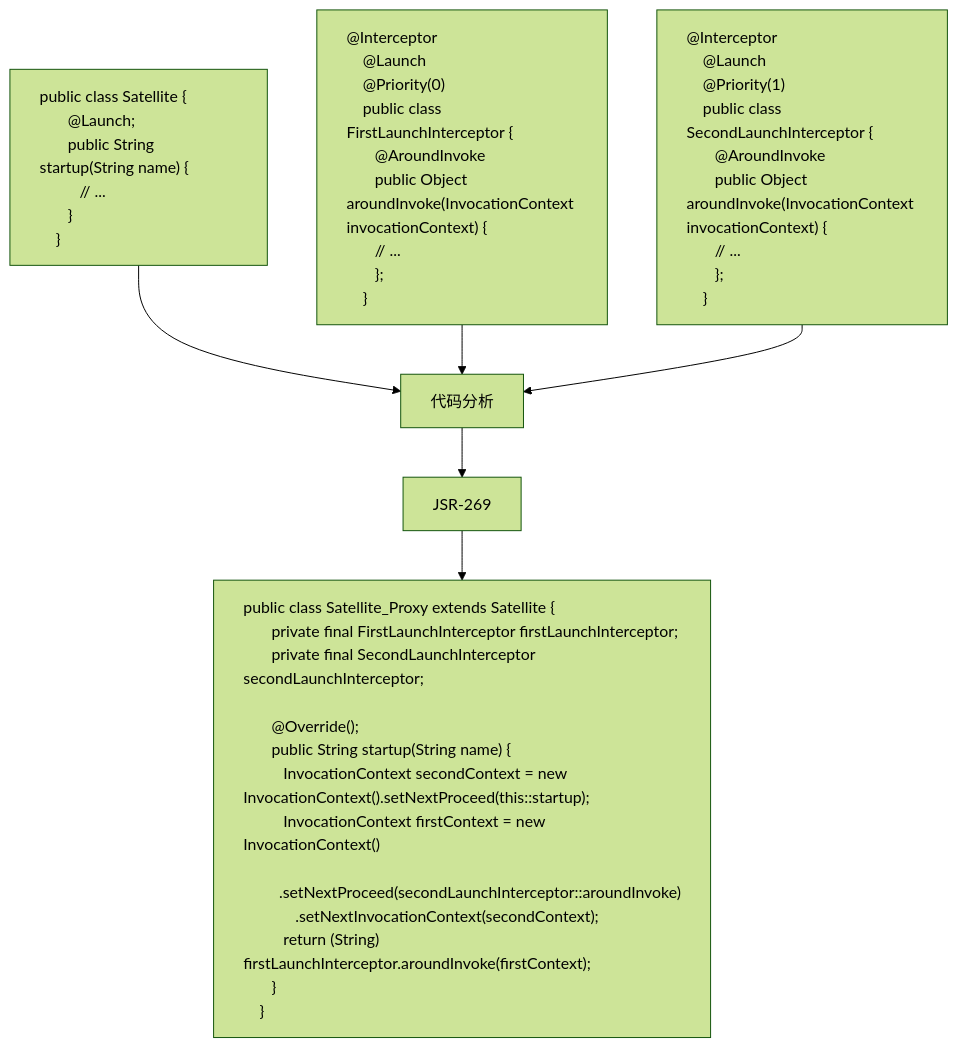
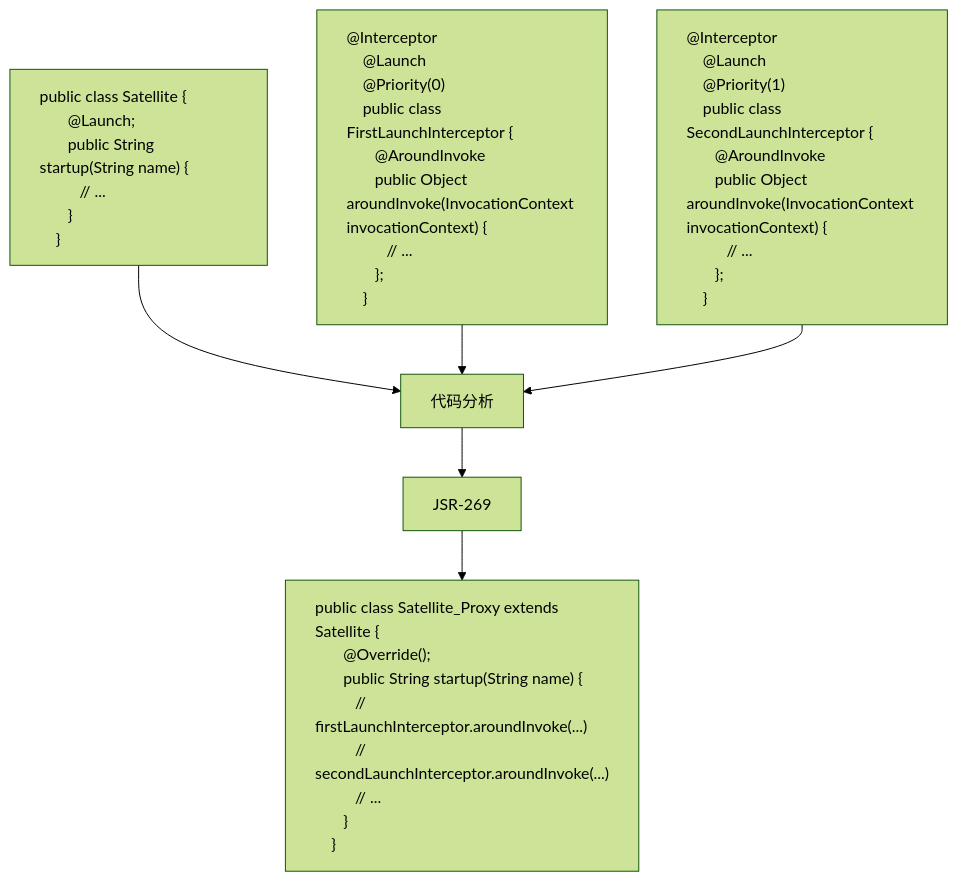
One commit to doukai/gp-doc.github.io changed the diagram in docs/jakarta-ee/interceptor.md. Above: the diagram before and after it, drawn with Mermaid (forest theme). The commit also changed 2 other files, not shown here.

````diff
--- a/docs/jakarta-ee/interceptor.md
+++ b/docs/jakarta-ee/interceptor.md
@@ -18,46 +18,41 @@
 ```mermaid
 flowchart TB
     java["public class Satellite {
     &emsp;@Launch;
     &emsp;public String startup(String name) {
     &emsp;&emsp;// ...
     &emsp;}
     }"]
     interceptor1["@Interceptor
     @Launch
     @Priority(0)
     public class FirstLaunchInterceptor {
     &emsp;@AroundInvoke
     &emsp;public Object aroundInvoke(InvocationContext invocationContext) {
-    &emsp;// ...
+    &emsp;&emsp;// ...
     &emsp;};
     }"]
     interceptor2["@Interceptor
     @Launch
     @Priority(1)
     public class SecondLaunchInterceptor {
     &emsp;@AroundInvoke
     &emsp;public Object aroundInvoke(InvocationContext invocationContext) {
-    &emsp;// ...
+    &emsp;&emsp;// ...
     &emsp;};
     }"]
     proxy["public class Satellite_Proxy extends Satellite {
-    &emsp;private final FirstLaunchInterceptor firstLaunchInterceptor;
-    &emsp;private final SecondLaunchInterceptor secondLaunchInterceptor;
-    &emsp;
     &emsp;@Override();
     &emsp;public String startup(String name) {
-    &emsp;&emsp;InvocationContext secondContext = new InvocationContext().setNextProceed(this::startup);
-    &emsp;&emsp;InvocationContext firstContext = new InvocationContext()
-    &emsp;&emsp;&emsp;.setNextProceed(secondLaunchInterceptor::aroundInvoke)
-    &emsp;&emsp;&emsp;.setNextInvocationContext(secondContext);
-    &emsp;&emsp;return (String) firstLaunchInterceptor.aroundInvoke(firstContext);
+    &emsp;&emsp;// firstLaunchInterceptor.aroundInvoke(...)
+    &emsp;&emsp;// secondLaunchInterceptor.aroundInvoke(...)
+    &emsp;&emsp;// ...
     &emsp;}
     }"]
     java & interceptor1 & interceptor2 --> 代码分析 --> JSR-269 --> proxy
 
     style java text-align:left
     style interceptor1 text-align:left
     style interceptor2 text-align:left
     style proxy text-align:left
 ```
````
